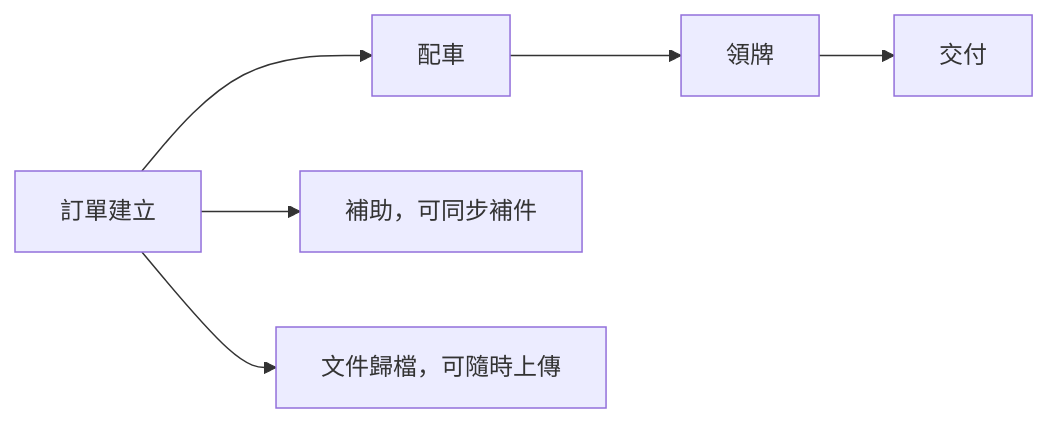
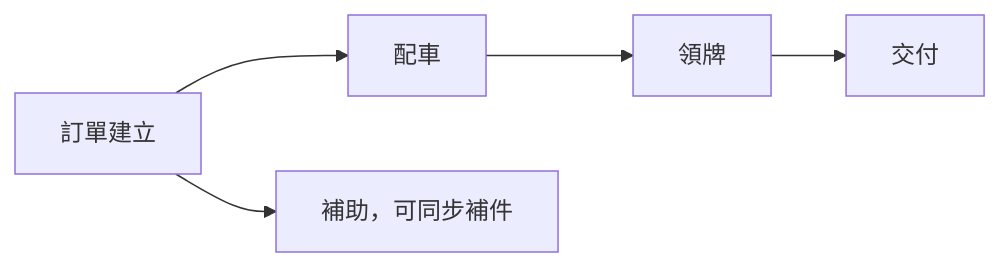
The third of 3 diagrams in docs/USER_MANUAL.md (AudiChang-hub/DMIS), drawn with Mermaid before and after one commit. The commit also changed other lines of this file and 10 other files, not shown here.

````diff
--- a/docs/USER_MANUAL.md
+++ b/docs/USER_MANUAL.md
@@ -272,8 +273,7 @@
 ```mermaid
 flowchart LR
     A[訂單建立] --> B[配車]
     B --> C[領牌]
     C --> D[交付]
     A --> E[補助，可同步補件]
-    A --> F[文件歸檔，可隨時上傳]
 ```
````
